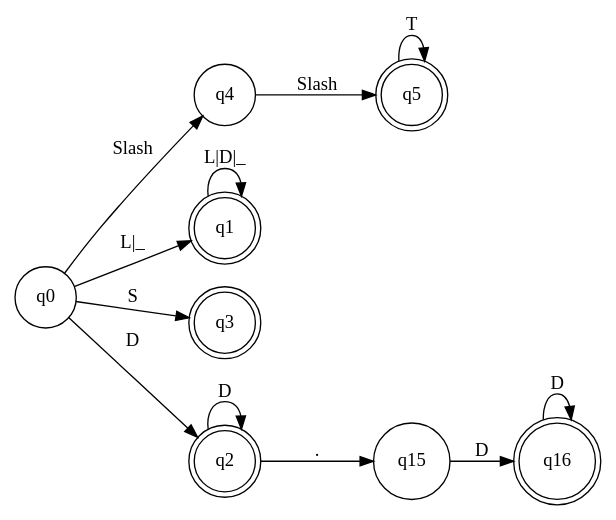
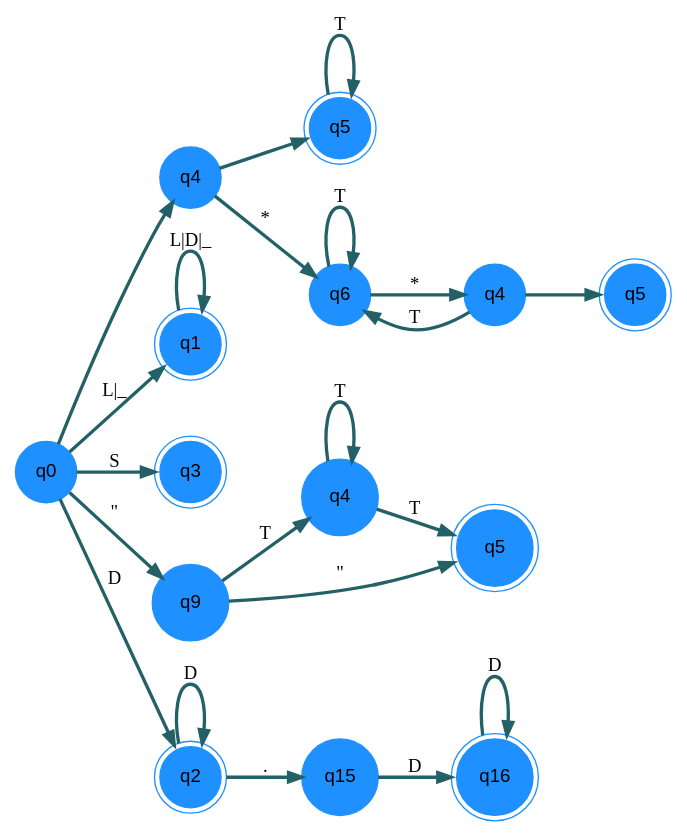
The diagram in ReporteGrafico/grafo.dot (hr9457/OLC1_Proyecto1_201314296), drawn with Graphviz before and after one commit. The commit also changed 7 other files, not shown here.

```diff
--- a/ReporteGrafico/grafo.dot
+++ b/ReporteGrafico/grafo.dot
@@ -1,23 +1,41 @@
 digraph automa {
+nodesep=0.6;
 rankdir=LR;
-node [shape = circle];
+node [shape = circle, color=dodgerblue,style=filled,fontname ="helvetica"];
+edge[penwidth=2.5, color="#246167"]
 nodoRaiz[label="q0"];
 nodoSlash [shape=circle, label="q4"];
 nodoTodillo [shape=doublecircle, label="q5"];
-nodoRaiz->nodoSlash [label=" Slash\ "];
-nodoSlash->nodoTodillo [label=" Slash\ "];
+nodoRaiz->nodoSlash [label=" \ "];
+nodoSlash->nodoTodillo [label=" \ "];
 nodoTodillo->nodoTodillo [label=" T "];
+nodoAsterisco [shape=circle, label="q6"];
+nodoAsterisco2 [shape=circle, label="q4"];
+nodoSlashFinal [shape=doublecircle, label="q5"];
+nodoSlash->nodoAsterisco [label=" * "];
+nodoAsterisco->nodoAsterisco [label=" T "];
+nodoAsterisco->nodoAsterisco2 [label=" * "];
+nodoAsterisco2->nodoAsterisco [label=" T "];
+nodoAsterisco2->nodoSlashFinal [label=" \ "]; 
 nodoLetra[shape=doublecircle,label="q1"];
 nodoRaiz->nodoLetra[label="L|_"];
 nodoLetra->nodoLetra[label="L|D|_"];
 nodoSimbolo [shape=doublecircle, label="q3"];
 nodoRaiz->nodoSimbolo[label="S"];
+nodoComilla1 [shape=circle, label=" q9 "];
+nodoT [shape=circle, label=" q4 "];
+nodoComilla2 [shape=doublecircle, label=" q5 "];
+nodoRaiz->nodoComilla1 [label=" \" "];
+nodoComilla1->nodoT [label=" T "];
+nodoT->nodoT [label=" T "];
+nodoT->nodoComilla2 [label=" T "];
+nodoComilla1->nodoComilla2 [label=" \" "]; 
 nodoDigito[shape=doublecircle,label="q2"];
 nodoRaiz->nodoDigito[label="D"];
 nodoDigito->nodoDigito[label="D"];
 nodoPunto[shape=circle,label="q15"];
 nodoDecimal[shape=doublecircle,label="q16"];
-nodoDigito->nodoPunto[label="."]
-nodoPunto->nodoDecimal[label="D"]
-nodoDecimal->nodoDecimal[label="D"]
+nodoDigito->nodoPunto[label="."];
+nodoPunto->nodoDecimal[label="D"];
+nodoDecimal->nodoDecimal[label="D"];
 }
```
